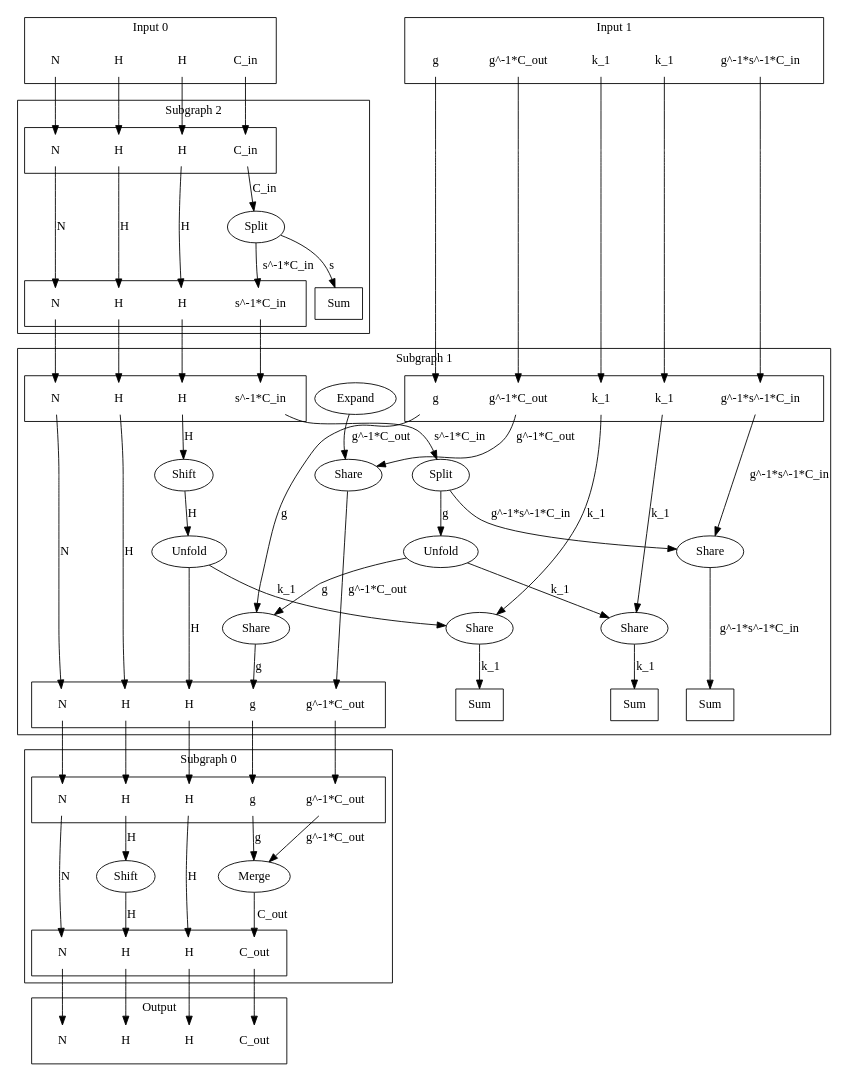
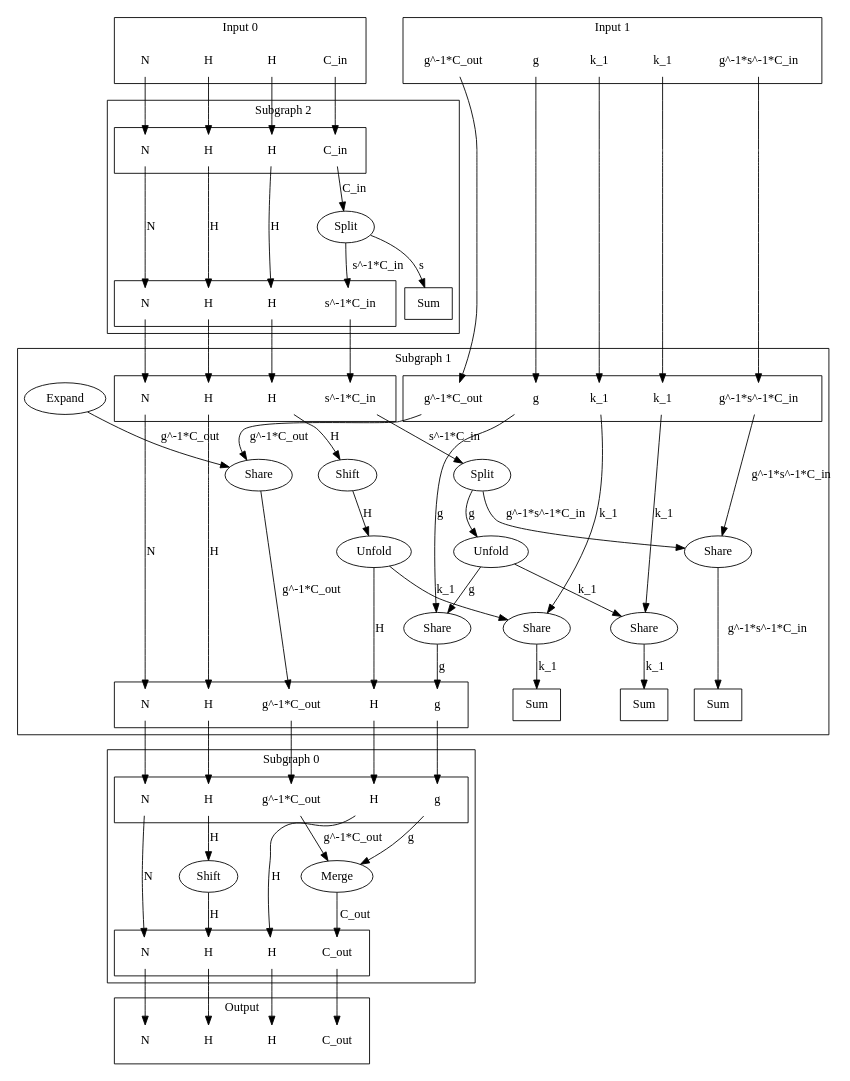
Before and after one commit to Yongqi-Zhuo/Syno-AE: the diagram in data/vision/a100/good-kernels-imagenet/resnext29_2x64d/07931_8761220119088126384/kernel_scheduler_dir/kernel_dfg.dot, drawn with Graphviz. The commit also changed 509 other files, not shown here.

```diff
--- a/data/vision/a100/good-kernels-imagenet/resnext29_2x64d/07931_8761220119088126384/kernel_scheduler_dir/kernel_dfg.dot
+++ b/data/vision/a100/good-kernels-imagenet/resnext29_2x64d/07931_8761220119088126384/kernel_scheduler_dir/kernel_dfg.dot
@@ -8,250 +8,250 @@
     // Output.
     subgraph cluster_subgraph_0_out {
         label = "";
-        interface_0_out_0x5621811c9b40 [label="N", shape=none];
-        interface_0_out_0x5621811c9b68 [label="C_out", shape=none];
-        interface_0_out_0x5621811c9b90 [label="H", shape=none];
-        interface_0_out_0x5621811c9bb8 [label="H", shape=none];
+        interface_0_out_0x55ceeb214920 [label="N", shape=none];
+        interface_0_out_0x55ceeb214948 [label="C_out", shape=none];
+        interface_0_out_0x55ceeb214970 [label="H", shape=none];
+        interface_0_out_0x55ceeb214998 [label="H", shape=none];
     }
     {
         rank = same;
-        interface_0_out_0x5621811c9b40;
-        interface_0_out_0x5621811c9b68;
-        interface_0_out_0x5621811c9b90;
-        interface_0_out_0x5621811c9bb8;
+        interface_0_out_0x55ceeb214920;
+        interface_0_out_0x55ceeb214948;
+        interface_0_out_0x55ceeb214970;
+        interface_0_out_0x55ceeb214998;
     }
     // Input 0.
     subgraph cluster_subgraph_0_in_0 {
         label = "";
-        interface_0_in_0x5621811c9b40 [label="N", shape=none];
-        interface_0_in_0x7fd5ec008180 [label="g", shape=none];
-        interface_0_in_0x7fd5ec005160 [label="H", shape=none];
-        interface_0_in_0x5621811c9bb8 [label="H", shape=none];
-        interface_0_in_0x7fd5ec008198 [label="g^-1*C_out", shape=none];
+        interface_0_in_0x55ceeb214920 [label="N", shape=none];
+        interface_0_in_0x55ceeec84fe0 [label="g", shape=none];
+        interface_0_in_0x55ceeec84ff8 [label="g^-1*C_out", shape=none];
+        interface_0_in_0x55ceeec839e0 [label="H", shape=none];
+        interface_0_in_0x55ceeb214998 [label="H", shape=none];
     }
     {
         rank = same;
-        interface_0_in_0x5621811c9b40;
-        interface_0_in_0x7fd5ec008180;
-        interface_0_in_0x7fd5ec005160;
-        interface_0_in_0x5621811c9bb8;
-        interface_0_in_0x7fd5ec008198;
+        interface_0_in_0x55ceeb214920;
+        interface_0_in_0x55ceeec84fe0;
+        interface_0_in_0x55ceeec84ff8;
+        interface_0_in_0x55ceeec839e0;
+        interface_0_in_0x55ceeb214998;
     }
     // Op's.
-    op_0x7fd5ec005140 [label="Shift"];
-    op_0x7fd5ec008140 [label="Merge"];
+    op_0x55ceeec839c0 [label="Shift"];
+    op_0x55ceeec84fa0 [label="Merge"];
     // Dimension's.
-    interface_0_in_0x5621811c9b40 -> interface_0_out_0x5621811c9b40 [label="N"];
-    op_0x7fd5ec008140 -> interface_0_out_0x5621811c9b68 [label="C_out"];
-    op_0x7fd5ec005140 -> interface_0_out_0x5621811c9b90 [label="H"];
-    interface_0_in_0x5621811c9bb8 -> interface_0_out_0x5621811c9bb8 [label="H"];
-    interface_0_in_0x7fd5ec005160 -> op_0x7fd5ec005140 [label="H"];
-    interface_0_in_0x7fd5ec008180 -> op_0x7fd5ec008140 [label="g"];
-    interface_0_in_0x7fd5ec008198 -> op_0x7fd5ec008140 [label="g^-1*C_out"];
+    interface_0_in_0x55ceeb214920 -> interface_0_out_0x55ceeb214920 [label="N"];
+    op_0x55ceeec84fa0 -> interface_0_out_0x55ceeb214948 [label="C_out"];
+    op_0x55ceeec839c0 -> interface_0_out_0x55ceeb214970 [label="H"];
+    interface_0_in_0x55ceeb214998 -> interface_0_out_0x55ceeb214998 [label="H"];
+    interface_0_in_0x55ceeec839e0 -> op_0x55ceeec839c0 [label="H"];
+    interface_0_in_0x55ceeec84fe0 -> op_0x55ceeec84fa0 [label="g"];
+    interface_0_in_0x55ceeec84ff8 -> op_0x55ceeec84fa0 [label="g^-1*C_out"];
 }
 
 // Stage tensor.
 subgraph cluster_subgraph_1 {
     label = "Subgraph 1";
     // Reductions.
-    reduce_0x7fce640019b0 [label="Sum", shape=box];
-    reduce_0x7fce64005a20 [label="Sum", shape=box];
-    reduce_0x7fce64001998 [label="Sum", shape=box];
+    reduce_0x7f854c001ab0 [label="Sum", shape=box];
+    reduce_0x7f854c005820 [label="Sum", shape=box];
+    reduce_0x7f854c001a98 [label="Sum", shape=box];
     // Output.
     subgraph cluster_subgraph_1_out {
         label = "";
-        interface_1_out_0x5621811c9b40 [label="N", shape=none];
-        interface_1_out_0x7fd5ec008180 [label="g", shape=none];
-        interface_1_out_0x7fd5ec005160 [label="H", shape=none];
-        interface_1_out_0x5621811c9bb8 [label="H", shape=none];
-        interface_1_out_0x7fd5ec008198 [label="g^-1*C_out", shape=none];
+        interface_1_out_0x55ceeb214920 [label="N", shape=none];
+        interface_1_out_0x55ceeec84fe0 [label="g", shape=none];
+        interface_1_out_0x55ceeec84ff8 [label="g^-1*C_out", shape=none];
+        interface_1_out_0x55ceeec839e0 [label="H", shape=none];
+        interface_1_out_0x55ceeb214998 [label="H", shape=none];
     }
     {
         rank = same;
-        reduce_0x7fce640019b0;
-        reduce_0x7fce64005a20;
-        reduce_0x7fce64001998;
-        interface_1_out_0x5621811c9b40;
-        interface_1_out_0x7fd5ec008180;
-        interface_1_out_0x7fd5ec005160;
-        interface_1_out_0x5621811c9bb8;
-        interface_1_out_0x7fd5ec008198;
+        reduce_0x7f854c001ab0;
+        reduce_0x7f854c005820;
+        reduce_0x7f854c001a98;
+        interface_1_out_0x55ceeb214920;
+        interface_1_out_0x55ceeec84fe0;
+        interface_1_out_0x55ceeec84ff8;
+        interface_1_out_0x55ceeec839e0;
+        interface_1_out_0x55ceeb214998;
     }
     // Input 0.
     subgraph cluster_subgraph_1_in_0 {
         label = "";
-        interface_1_in_0x5621811c9b40 [label="N", shape=none];
-        interface_1_in_0x7fd2416b5c60 [label="s^-1*C_in", shape=none];
-        interface_1_in_0x7fd5ec005160 [label="H", shape=none];
-        interface_1_in_0x7fd348031840 [label="H", shape=none];
+        interface_1_in_0x55ceeb214920 [label="N", shape=none];
+        interface_1_in_0x55ceeed1e1c0 [label="s^-1*C_in", shape=none];
+        interface_1_in_0x55ceeec839e0 [label="H", shape=none];
+        interface_1_in_0x55ceeec83a40 [label="H", shape=none];
     }
     // Input 1.
     subgraph cluster_subgraph_1_in_1 {
         label = "";
-        interface_1_in_0x7fd4bc004a78 [label="g", shape=none];
-        interface_1_in_0x7fd0e400cdf8 [label="k_1", shape=none];
-        interface_1_in_0x7fd5e0004818 [label="g^-1*s^-1*C_in", shape=none];
-        interface_1_in_0x7fd5e00045e8 [label="k_1", shape=none];
-        interface_1_in_0x7fd4bc004b18 [label="g^-1*C_out", shape=none];
+        interface_1_in_0x55ceeec82de8 [label="k_1", shape=none];
+        interface_1_in_0x55ceeec82d48 [label="g^-1*s^-1*C_in", shape=none];
+        interface_1_in_0x55ceeec82e38 [label="g", shape=none];
+        interface_1_in_0x55ceeec82e88 [label="g^-1*C_out", shape=none];
+        interface_1_in_0x55ceeec82c58 [label="k_1", shape=none];
     }
     {
         rank = same;
-        interface_1_in_0x5621811c9b40;
-        interface_1_in_0x7fd2416b5c60;
-        interface_1_in_0x7fd5ec005160;
-        interface_1_in_0x7fd348031840;
-        interface_1_in_0x7fd4bc004a78;
-        interface_1_in_0x7fd0e400cdf8;
-        interface_1_in_0x7fd5e0004818;
-        interface_1_in_0x7fd5e00045e8;
-        interface_1_in_0x7fd4bc004b18;
+        interface_1_in_0x55ceeb214920;
+        interface_1_in_0x55ceeed1e1c0;
+        interface_1_in_0x55ceeec839e0;
+        interface_1_in_0x55ceeec83a40;
+        interface_1_in_0x55ceeec82de8;
+        interface_1_in_0x55ceeec82d48;
+        interface_1_in_0x55ceeec82e38;
+        interface_1_in_0x55ceeec82e88;
+        interface_1_in_0x55ceeec82c58;
     }
     // Op's.
-    op_0x7fd0e400cdc0 [label="Share"];
-    op_0x7fd2416b5c20 [label="Split"];
-    op_0x7fd268007540 [label="Unfold"];
-    op_0x7fd348031820 [label="Shift"];
-    op_0x7fd4bc004a40 [label="Share"];
-    op_0x7fd4bc004ae0 [label="Share"];
-    op_0x7fd5c006bf80 [label="Unfold"];
-    op_0x7fd5e00045b0 [label="Share"];
-    op_0x7fd5e00047e0 [label="Share"];
-    op_0x7fd5e0004a78 [label="Expand"];
+    op_0x55ceeec82c20 [label="Share"];
+    op_0x55ceeec82d10 [label="Share"];
+    op_0x55ceeec82db0 [label="Share"];
+    op_0x55ceeec82e00 [label="Share"];
+    op_0x55ceeec82e50 [label="Share"];
+    op_0x55ceeec831b8 [label="Expand"];
+    op_0x55ceeec83a20 [label="Shift"];
+    op_0x55ceeec91700 [label="Unfold"];
+    op_0x55ceeec91980 [label="Unfold"];
+    op_0x55ceeed1e180 [label="Split"];
     // Dimension's.
-    interface_1_in_0x5621811c9b40 -> interface_1_out_0x5621811c9b40 [label="N"];
-    op_0x7fd268007540 -> interface_1_out_0x5621811c9bb8 [label="H"];
-    op_0x7fd5e00045b0 -> reduce_0x7fce64001998 [label="k_1"];
-    op_0x7fd0e400cdc0 -> reduce_0x7fce640019b0 [label="k_1"];
-    op_0x7fd5e00047e0 -> reduce_0x7fce64005a20 [label="g^-1*s^-1*C_in"];
-    op_0x7fd5c006bf80 -> op_0x7fd0e400cdc0 [label="k_1"];
-    interface_1_in_0x7fd0e400cdf8 -> op_0x7fd0e400cdc0 [label="k_1"];
-    interface_1_in_0x7fd2416b5c60 -> op_0x7fd2416b5c20 [label="s^-1*C_in"];
-    op_0x7fd348031820 -> op_0x7fd268007540 [label="H"];
-    interface_1_in_0x7fd348031840 -> op_0x7fd348031820 [label="H"];
-    op_0x7fd5c006bf80 -> op_0x7fd4bc004a40 [label="g"];
-    interface_1_in_0x7fd4bc004a78 -> op_0x7fd4bc004a40 [label="g"];
-    op_0x7fd5e0004a78 -> op_0x7fd4bc004ae0 [label="g^-1*C_out"];
-    interface_1_in_0x7fd4bc004b18 -> op_0x7fd4bc004ae0 [label="g^-1*C_out"];
-    op_0x7fd2416b5c20 -> op_0x7fd5c006bf80 [label="g"];
-    op_0x7fd268007540 -> op_0x7fd5e00045b0 [label="k_1"];
-    interface_1_in_0x7fd5e00045e8 -> op_0x7fd5e00045b0 [label="k_1"];
-    op_0x7fd2416b5c20 -> op_0x7fd5e00047e0 [label="g^-1*s^-1*C_in"];
-    interface_1_in_0x7fd5e0004818 -> op_0x7fd5e00047e0 [label="g^-1*s^-1*C_in"];
-    interface_1_in_0x7fd5ec005160 -> interface_1_out_0x7fd5ec005160 [label="H"];
-    op_0x7fd4bc004a40 -> interface_1_out_0x7fd5ec008180 [label="g"];
-    op_0x7fd4bc004ae0 -> interface_1_out_0x7fd5ec008198 [label="g^-1*C_out"];
+    interface_1_in_0x55ceeb214920 -> interface_1_out_0x55ceeb214920 [label="N"];
+    op_0x55ceeec91700 -> interface_1_out_0x55ceeb214998 [label="H"];
+    op_0x55ceeec91700 -> op_0x55ceeec82c20 [label="k_1"];
+    interface_1_in_0x55ceeec82c58 -> op_0x55ceeec82c20 [label="k_1"];
+    op_0x55ceeed1e180 -> op_0x55ceeec82d10 [label="g^-1*s^-1*C_in"];
+    interface_1_in_0x55ceeec82d48 -> op_0x55ceeec82d10 [label="g^-1*s^-1*C_in"];
+    op_0x55ceeec91980 -> op_0x55ceeec82db0 [label="k_1"];
+    interface_1_in_0x55ceeec82de8 -> op_0x55ceeec82db0 [label="k_1"];
+    op_0x55ceeec91980 -> op_0x55ceeec82e00 [label="g"];
+    interface_1_in_0x55ceeec82e38 -> op_0x55ceeec82e00 [label="g"];
+    op_0x55ceeec831b8 -> op_0x55ceeec82e50 [label="g^-1*C_out"];
+    interface_1_in_0x55ceeec82e88 -> op_0x55ceeec82e50 [label="g^-1*C_out"];
+    interface_1_in_0x55ceeec839e0 -> interface_1_out_0x55ceeec839e0 [label="H"];
+    interface_1_in_0x55ceeec83a40 -> op_0x55ceeec83a20 [label="H"];
+    op_0x55ceeec82e00 -> interface_1_out_0x55ceeec84fe0 [label="g"];
+    op_0x55ceeec82e50 -> interface_1_out_0x55ceeec84ff8 [label="g^-1*C_out"];
+    op_0x55ceeec83a20 -> op_0x55ceeec91700 [label="H"];
+    op_0x55ceeed1e180 -> op_0x55ceeec91980 [label="g"];
+    interface_1_in_0x55ceeed1e1c0 -> op_0x55ceeed1e180 [label="s^-1*C_in"];
+    op_0x55ceeec82c20 -> reduce_0x7f854c001a98 [label="k_1"];
+    op_0x55ceeec82db0 -> reduce_0x7f854c001ab0 [label="k_1"];
+    op_0x55ceeec82d10 -> reduce_0x7f854c005820 [label="g^-1*s^-1*C_in"];
 }
 
 // Stage tensor.
 subgraph cluster_subgraph_2 {
     label = "Subgraph 2";
     // Reductions.
-    reduce_0x7fce64002f58 [label="Sum", shape=box];
+    reduce_0x7f854c002e58 [label="Sum", shape=box];
     // Output.
     subgraph cluster_subgraph_2_out {
         label = "";
-        interface_2_out_0x5621811c9b40 [label="N", shape=none];
-        interface_2_out_0x7fd2416b5c60 [label="s^-1*C_in", shape=none];
-        interface_2_out_0x7fd5ec005160 [label="H", shape=none];
-        interface_2_out_0x7fd348031840 [label="H", shape=none];
+        interface_2_out_0x55ceeb214920 [label="N", shape=none];
+        interface_2_out_0x55ceeed1e1c0 [label="s^-1*C_in", shape=none];
+        interface_2_out_0x55ceeec839e0 [label="H", shape=none];
+        interface_2_out_0x55ceeec83a40 [label="H", shape=none];
     }
     {
         rank = same;
-        reduce_0x7fce64002f58;
-        interface_2_out_0x5621811c9b40;
-        interface_2_out_0x7fd2416b5c60;
-        interface_2_out_0x7fd5ec005160;
-        interface_2_out_0x7fd348031840;
+        reduce_0x7f854c002e58;
+        interface_2_out_0x55ceeb214920;
+        interface_2_out_0x55ceeed1e1c0;
+        interface_2_out_0x55ceeec839e0;
+        interface_2_out_0x55ceeec83a40;
     }
     // Input 0.
     subgraph cluster_subgraph_2_in_0 {
         label = "";
-        interface_2_in_0x5621811c9b40 [label="N", shape=none];
-        interface_2_in_0x7fd4629d2710 [label="C_in", shape=none];
-        interface_2_in_0x7fd5ec005160 [label="H", shape=none];
-        interface_2_in_0x7fd348031840 [label="H", shape=none];
+        interface_2_in_0x55ceeb214920 [label="N", shape=none];
+        interface_2_in_0x55ceeed1e4e0 [label="C_in", shape=none];
+        interface_2_in_0x55ceeec839e0 [label="H", shape=none];
+        interface_2_in_0x55ceeec83a40 [label="H", shape=none];
     }
     {
         rank = same;
-        interface_2_in_0x5621811c9b40;
-        interface_2_in_0x7fd4629d2710;
-        interface_2_in_0x7fd5ec005160;
-        interface_2_in_0x7fd348031840;
+        interface_2_in_0x55ceeb214920;
+        interface_2_in_0x55ceeed1e4e0;
+        interface_2_in_0x55ceeec839e0;
+        interface_2_in_0x55ceeec83a40;
     }
     // Op's.
-    op_0x7fd4629d26d0 [label="Split"];
+    op_0x55ceeed1e4a0 [label="Split"];
     // Dimension's.
-    interface_2_in_0x5621811c9b40 -> interface_2_out_0x5621811c9b40 [label="N"];
-    op_0x7fd4629d26d0 -> reduce_0x7fce64002f58 [label="s"];
-    op_0x7fd4629d26d0 -> interface_2_out_0x7fd2416b5c60 [label="s^-1*C_in"];
-    interface_2_in_0x7fd348031840 -> interface_2_out_0x7fd348031840 [label="H"];
-    interface_2_in_0x7fd4629d2710 -> op_0x7fd4629d26d0 [label="C_in"];
-    interface_2_in_0x7fd5ec005160 -> interface_2_out_0x7fd5ec005160 [label="H"];
+    interface_2_in_0x55ceeb214920 -> interface_2_out_0x55ceeb214920 [label="N"];
+    interface_2_in_0x55ceeec839e0 -> interface_2_out_0x55ceeec839e0 [label="H"];
+    interface_2_in_0x55ceeec83a40 -> interface_2_out_0x55ceeec83a40 [label="H"];
+    op_0x55ceeed1e4a0 -> interface_2_out_0x55ceeed1e1c0 [label="s^-1*C_in"];
+    interface_2_in_0x55ceeed1e4e0 -> op_0x55ceeed1e4a0 [label="C_in"];
+    op_0x55ceeed1e4a0 -> reduce_0x7f854c002e58 [label="s"];
 }
 
 // Input tensor.
 subgraph cluster_subgraph_3 {
     label = "Input 0";
-    interface_3_out_0x5621811c9b40 [label="N", shape=none];
-    interface_3_out_0x7fd4629d2710 [label="C_in", shape=none];
-    interface_3_out_0x7fd5ec005160 [label="H", shape=none];
-    interface_3_out_0x7fd348031840 [label="H", shape=none];
+    interface_3_out_0x55ceeb214920 [label="N", shape=none];
+    interface_3_out_0x55ceeed1e4e0 [label="C_in", shape=none];
+    interface_3_out_0x55ceeec839e0 [label="H", shape=none];
+    interface_3_out_0x55ceeec83a40 [label="H", shape=none];
 }
 
-interface_3_out_0x5621811c9b40 -> interface_2_in_0x5621811c9b40;
-interface_3_out_0x7fd4629d2710 -> interface_2_in_0x7fd4629d2710;
-interface_3_out_0x7fd5ec005160 -> interface_2_in_0x7fd5ec005160;
-interface_3_out_0x7fd348031840 -> interface_2_in_0x7fd348031840;
+interface_3_out_0x55ceeb214920 -> interface_2_in_0x55ceeb214920;
+interface_3_out_0x55ceeed1e4e0 -> interface_2_in_0x55ceeed1e4e0;
+interface_3_out_0x55ceeec839e0 -> interface_2_in_0x55ceeec839e0;
+interface_3_out_0x55ceeec83a40 -> interface_2_in_0x55ceeec83a40;
 
-interface_2_out_0x5621811c9b40 -> interface_1_in_0x5621811c9b40;
-interface_2_out_0x7fd2416b5c60 -> interface_1_in_0x7fd2416b5c60;
-interface_2_out_0x7fd5ec005160 -> interface_1_in_0x7fd5ec005160;
-interface_2_out_0x7fd348031840 -> interface_1_in_0x7fd348031840;
+interface_2_out_0x55ceeb214920 -> interface_1_in_0x55ceeb214920;
+interface_2_out_0x55ceeed1e1c0 -> interface_1_in_0x55ceeed1e1c0;
+interface_2_out_0x55ceeec839e0 -> interface_1_in_0x55ceeec839e0;
+interface_2_out_0x55ceeec83a40 -> interface_1_in_0x55ceeec83a40;
 
 // Input tensor.
 subgraph cluster_subgraph_4 {
     label = "Input 1";
-    interface_4_out_0x7fd4bc004a78 [label="g", shape=none];
-    interface_4_out_0x7fd0e400cdf8 [label="k_1", shape=none];
-    interface_4_out_0x7fd5e0004818 [label="g^-1*s^-1*C_in", shape=none];
-    interface_4_out_0x7fd5e00045e8 [label="k_1", shape=none];
-    interface_4_out_0x7fd4bc004b18 [label="g^-1*C_out", shape=none];
+    interface_4_out_0x55ceeec82de8 [label="k_1", shape=none];
+    interface_4_out_0x55ceeec82d48 [label="g^-1*s^-1*C_in", shape=none];
+    interface_4_out_0x55ceeec82e38 [label="g", shape=none];
+    interface_4_out_0x55ceeec82e88 [label="g^-1*C_out", shape=none];
+    interface_4_out_0x55ceeec82c58 [label="k_1", shape=none];
 }
 
-interface_4_out_0x7fd4bc004a78 -> interface_1_in_0x7fd4bc004a78;
-interface_4_out_0x7fd0e400cdf8 -> interface_1_in_0x7fd0e400cdf8;
-interface_4_out_0x7fd5e0004818 -> interface_1_in_0x7fd5e0004818;
-interface_4_out_0x7fd5e00045e8 -> interface_1_in_0x7fd5e00045e8;
-interface_4_out_0x7fd4bc004b18 -> interface_1_in_0x7fd4bc004b18;
+interface_4_out_0x55ceeec82de8 -> interface_1_in_0x55ceeec82de8;
+interface_4_out_0x55ceeec82d48 -> interface_1_in_0x55ceeec82d48;
+interface_4_out_0x55ceeec82e38 -> interface_1_in_0x55ceeec82e38;
+interface_4_out_0x55ceeec82e88 -> interface_1_in_0x55ceeec82e88;
+interface_4_out_0x55ceeec82c58 -> interface_1_in_0x55ceeec82c58;
 
-interface_1_out_0x5621811c9b40 -> interface_0_in_0x5621811c9b40;
-interface_1_out_0x7fd5ec008180 -> interface_0_in_0x7fd5ec008180;
-interface_1_out_0x7fd5ec005160 -> interface_0_in_0x7fd5ec005160;
-interface_1_out_0x5621811c9bb8 -> interface_0_in_0x5621811c9bb8;
-interface_1_out_0x7fd5ec008198 -> interface_0_in_0x7fd5ec008198;
+interface_1_out_0x55ceeb214920 -> interface_0_in_0x55ceeb214920;
+interface_1_out_0x55ceeec84fe0 -> interface_0_in_0x55ceeec84fe0;
+interface_1_out_0x55ceeec84ff8 -> interface_0_in_0x55ceeec84ff8;
+interface_1_out_0x55ceeec839e0 -> interface_0_in_0x55ceeec839e0;
+interface_1_out_0x55ceeb214998 -> interface_0_in_0x55ceeb214998;
 
 {
     rank = same;
-    interface_3_out_0x5621811c9b40;
-    interface_3_out_0x7fd4629d2710;
-    interface_3_out_0x7fd5ec005160;
-    interface_3_out_0x7fd348031840;
-    interface_4_out_0x7fd4bc004a78;
-    interface_4_out_0x7fd0e400cdf8;
-    interface_4_out_0x7fd5e0004818;
-    interface_4_out_0x7fd5e00045e8;
-    interface_4_out_0x7fd4bc004b18;
+    interface_3_out_0x55ceeb214920;
+    interface_3_out_0x55ceeed1e4e0;
+    interface_3_out_0x55ceeec839e0;
+    interface_3_out_0x55ceeec83a40;
+    interface_4_out_0x55ceeec82de8;
+    interface_4_out_0x55ceeec82d48;
+    interface_4_out_0x55ceeec82e38;
+    interface_4_out_0x55ceeec82e88;
+    interface_4_out_0x55ceeec82c58;
 }
 subgraph cluster_subgraph_output {
     label = "Output";
-    interface_5_in_0x5621811c9b40 [label="N", shape=none];
-    interface_5_in_0x5621811c9b68 [label="C_out", shape=none];
-    interface_5_in_0x5621811c9b90 [label="H", shape=none];
-    interface_5_in_0x5621811c9bb8 [label="H", shape=none];
+    interface_5_in_0x55ceeb214920 [label="N", shape=none];
+    interface_5_in_0x55ceeb214948 [label="C_out", shape=none];
+    interface_5_in_0x55ceeb214970 [label="H", shape=none];
+    interface_5_in_0x55ceeb214998 [label="H", shape=none];
 }
-interface_0_out_0x5621811c9b40 -> interface_5_in_0x5621811c9b40;
-interface_0_out_0x5621811c9b68 -> interface_5_in_0x5621811c9b68;
-interface_0_out_0x5621811c9b90 -> interface_5_in_0x5621811c9b90;
-interface_0_out_0x5621811c9bb8 -> interface_5_in_0x5621811c9bb8;
+interface_0_out_0x55ceeb214920 -> interface_5_in_0x55ceeb214920;
+interface_0_out_0x55ceeb214948 -> interface_5_in_0x55ceeb214948;
+interface_0_out_0x55ceeb214970 -> interface_5_in_0x55ceeb214970;
+interface_0_out_0x55ceeb214998 -> interface_5_in_0x55ceeb214998;
 
 }
```
